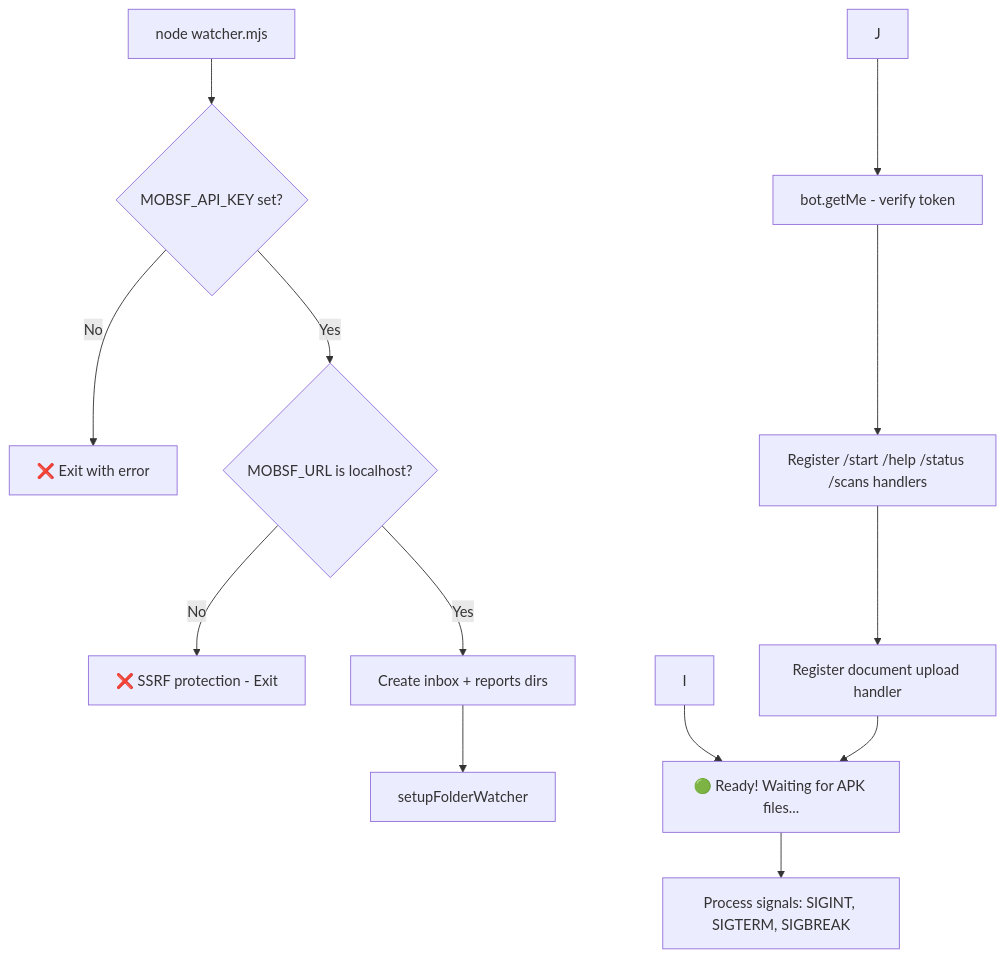
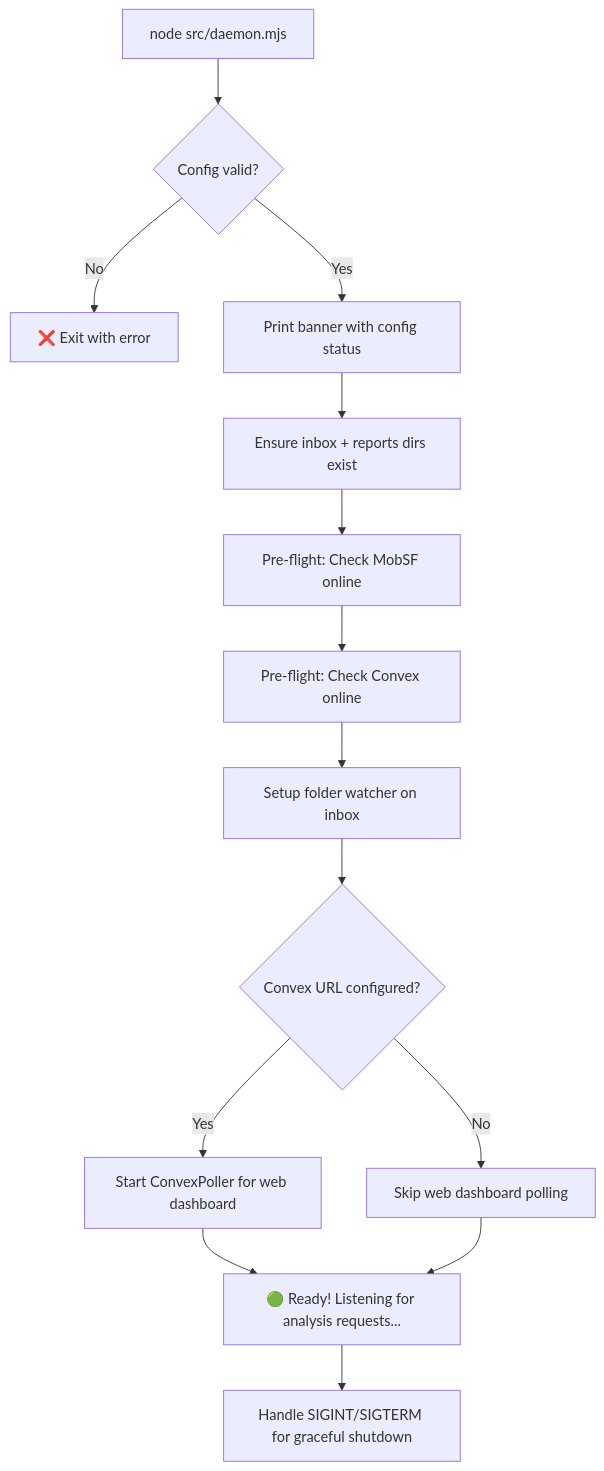
One commit to chaitanyacyb3r/WORMHOLE-SHINODROID changed the fourth of 6 diagrams in ARCHITECTURE.md. Above: the diagram before and after it, drawn with Mermaid. The commit also changed other lines of this file, not shown here.

Commit message:
Rewrite ARCHITECTURE.md to match current codebase (11 scripts, 8 engines, physical device support)

````diff
--- a/ARCHITECTURE.md
+++ b/ARCHITECTURE.md
@@ -286,15 +326,16 @@
 ```mermaid
 flowchart TD
-    A[node watcher.mjs] --> B{MOBSF_API_KEY set?}
-    B -->|No| C[❌ Exit with error]
-    B -->|Yes| D{MOBSF_URL is localhost?}
-    D -->|No| E[❌ SSRF protection - Exit]
-    D -->|Yes| F[Create inbox + reports dirs]
-    F --> G[setupFolderWatcher]
-    J --> K[bot.getMe - verify token]
-    K --> L[Register /start /help /status /scans handlers]
-    L --> M[Register document upload handler]
-    I --> N[🟢 Ready! Waiting for APK files...]
-    M --> N
-    N --> O[Process signals: SIGINT, SIGTERM, SIGBREAK]
+    A["node src/daemon.mjs"] --> B{Config valid?}
+    B -->|No| C["❌ Exit with error"]
+    B -->|Yes| D[Print banner with config status]
+    D --> E[Ensure inbox + reports dirs exist]
+    E --> F[Pre-flight: Check MobSF online]
+    F --> G[Pre-flight: Check Convex online]
+    G --> H[Setup folder watcher on inbox]
+    H --> I{Convex URL configured?}
+    I -->|Yes| J[Start ConvexPoller for web dashboard]
+    I -->|No| K[Skip web dashboard polling]
+    J --> L["🟢 Ready! Listening for analysis requests..."]
+    K --> L
+    L --> M[Handle SIGINT/SIGTERM for graceful shutdown]
 ```
````
